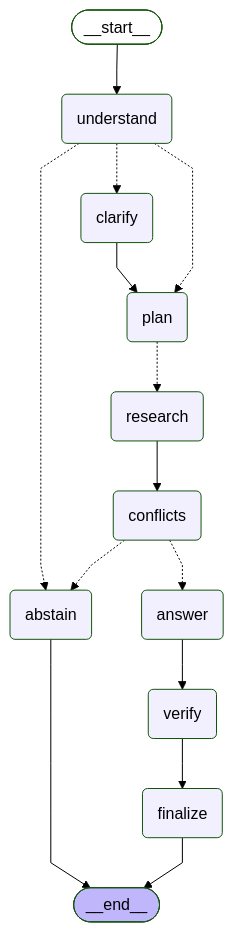
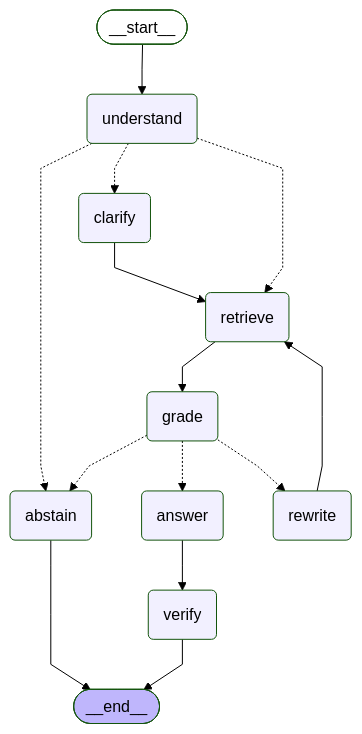
The third of 4 diagrams in docs/graphs.md (fodorad/labmate), drawn with Mermaid (forest theme) before and after one commit. The commit also changed other lines of this file and 131 other files, not shown here.

First line of the commit message:
refactor!: ChatOllama with a reply cache; ask as a small graph and an agent

````diff
--- a/docs/graphs.md
+++ b/docs/graphs.md
@@ -111,35 +81,34 @@
 ```mermaid
 ---
 config:
   flowchart:
     curve: linear
 ---
 graph TD;
 	__start__([<p>__start__</p>]):::first
 	understand(understand)
 	clarify(clarify)
-	plan(plan)
-	research(research)
-	conflicts(conflicts)
+	retrieve(retrieve)
+	grade(grade)
+	rewrite(rewrite)
 	answer(answer)
 	verify(verify)
-	finalize(finalize)
 	abstain(abstain)
 	__end__([<p>__end__</p>]):::last
 	__start__ --> understand;
 	answer --> verify;
-	clarify --> plan;
-	conflicts -.-> abstain;
-	conflicts -.-> answer;
-	plan -.-> research;
-	research --> conflicts;
+	clarify --> retrieve;
+	grade -.-> abstain;
+	grade -.-> answer;
+	grade -.-> rewrite;
+	retrieve --> grade;
+	rewrite --> retrieve;
 	understand -.-> abstain;
 	understand -.-> clarify;
-	understand -.-> plan;
-	verify --> finalize;
+	understand -.-> retrieve;
 	abstain --> __end__;
-	finalize --> __end__;
+	verify --> __end__;
 	classDef default fill:#f2f0ff,line-height:1.2
 	classDef first fill-opacity:0
 	classDef last fill:#bfb6fc
 ```
````
